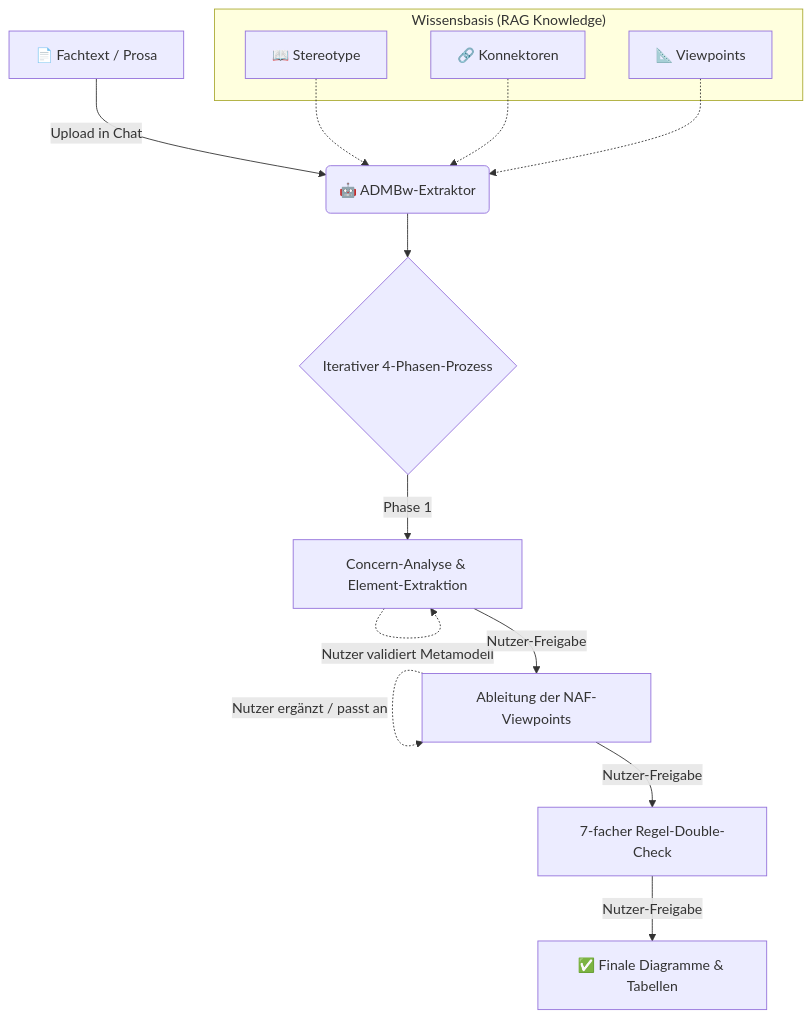
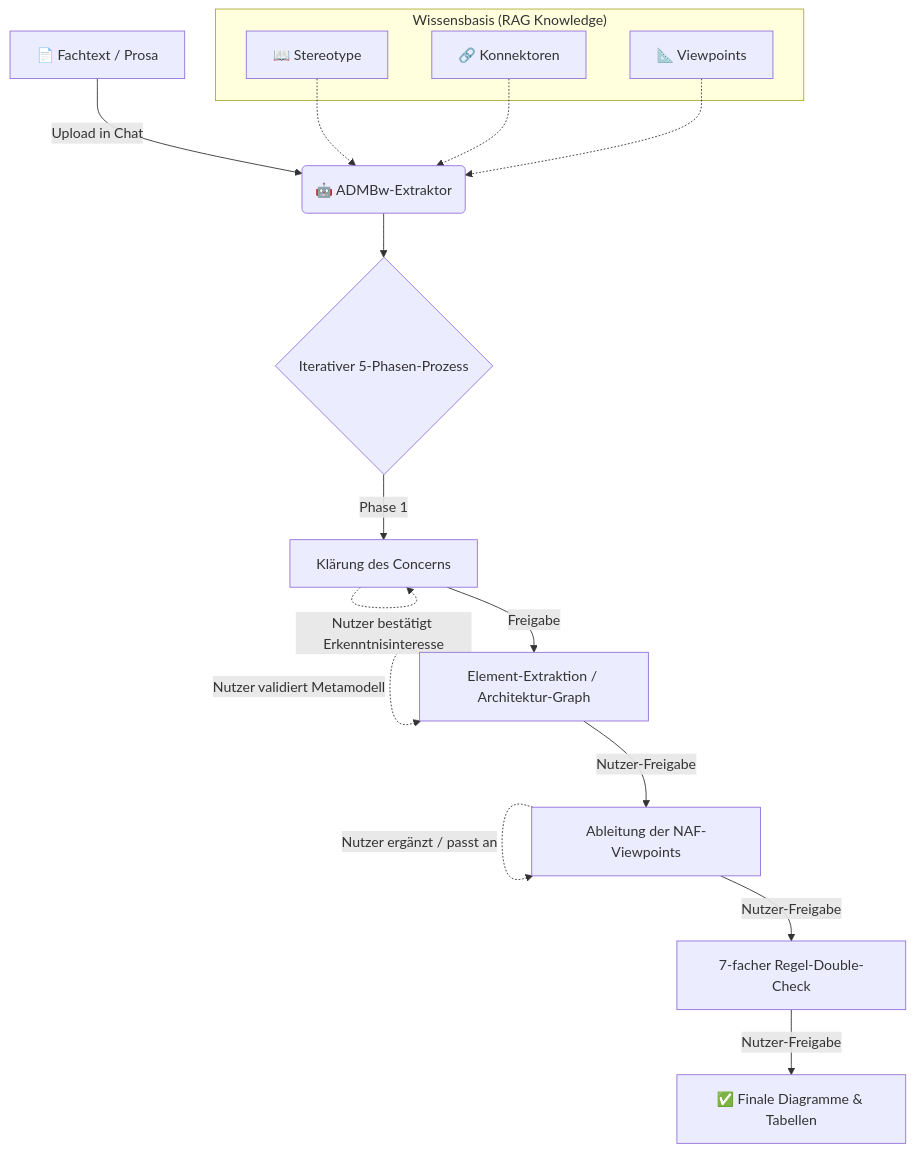
Before and after one commit to Mitchel85/admbw-extractor: the diagram in README.md, drawn with Mermaid. The commit also changed other lines of this file and 1 other file, not shown here.

````diff
--- a/README.md
+++ b/README.md
@@ -38,26 +41,29 @@
 ```mermaid
 graph TD
     A[📄 Fachtext / Prosa] -->|Upload in Chat| B(🤖 ADMBw-Extraktor)
     
     subgraph "Wissensbasis (RAG Knowledge)"
     C1[📖 Stereotype]
     C2[🔗 Konnektoren]
     C3[📐 Viewpoints]
     end
     
     C1 -.-> B
     C2 -.-> B
     C3 -.-> B
     
-    B --> E{Iterativer 4-Phasen-Prozess}
+    B --> E{Iterativer 5-Phasen-Prozess}
     
-    E -->|Phase 1| F[Concern-Analyse & Element-Extraktion]
+    E -->|Phase 1| F0[Klärung des Concerns]
+    F0 -.->|Nutzer bestätigt Erkenntnisinteresse| F0
+    
+    F0 -->|Freigabe| F[Element-Extraktion / Architektur-Graph]
     F -.->|Nutzer validiert Metamodell| F
     
     F -->|Nutzer-Freigabe| G[Ableitung der NAF-Viewpoints]
     G -.->|Nutzer ergänzt / passt an| G
     
     G -->|Nutzer-Freigabe| H[7-facher Regel-Double-Check]
     
     H -->|Nutzer-Freigabe| I[✅ Finale Diagramme & Tabellen]
 ```
````
